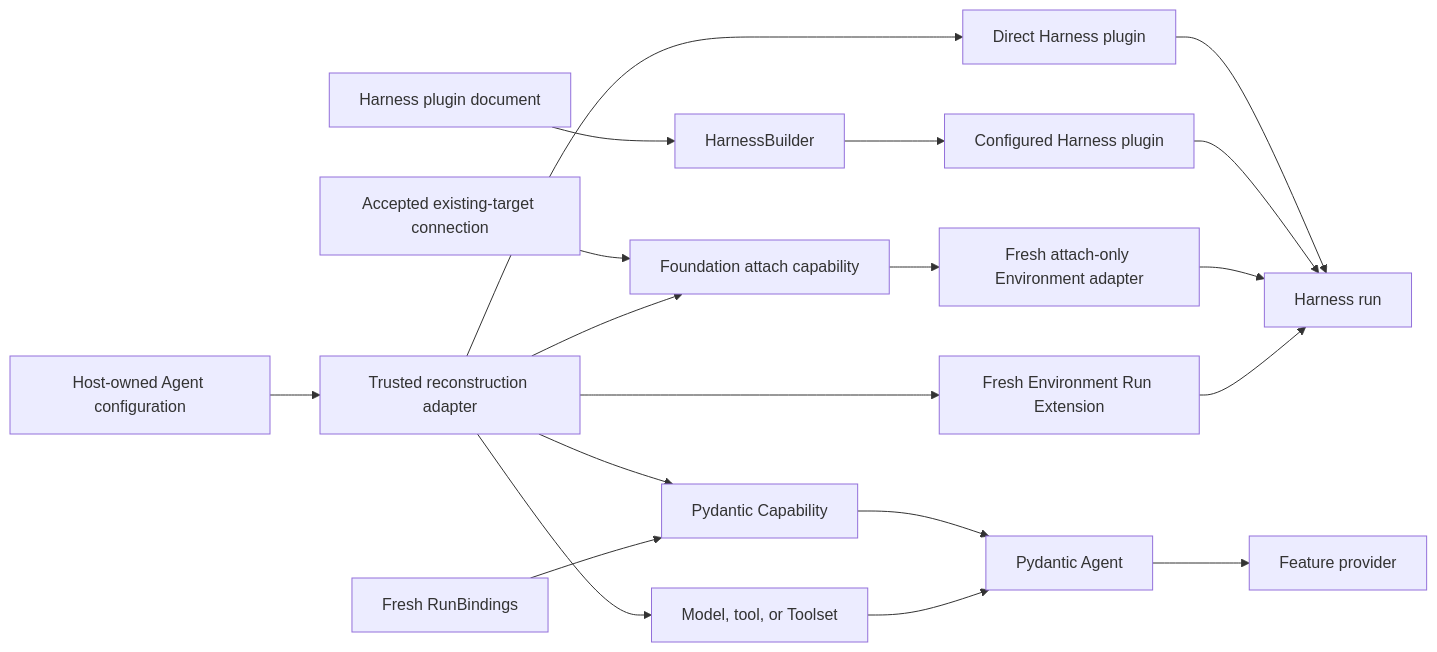
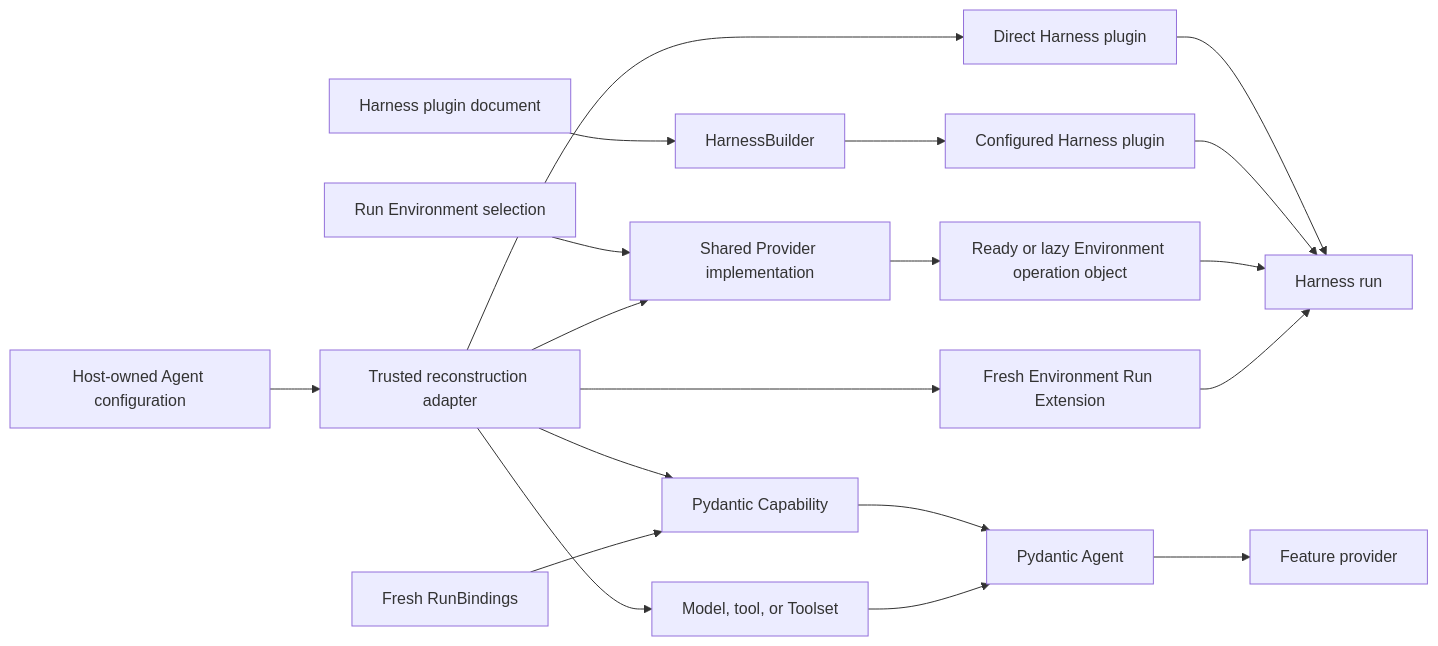
The third of 4 diagrams in spec/README.md (LTThreeComma/agent-foundation), drawn with Mermaid before and after one commit. The commit also changed other lines of this file and 33 other files, not shown here.

````diff
--- a/spec/README.md
+++ b/spec/README.md
@@ -267,18 +267,18 @@
 ```mermaid
 flowchart LR
     HostConfig[Host-owned Agent configuration] --> Adapter[Trusted reconstruction adapter]
     Adapter --> DirectPlugin[Direct Harness plugin]
     PluginConfig[Harness plugin document] --> Builder[HarnessBuilder]
     Builder --> ConfiguredPlugin[Configured Harness plugin]
     Adapter --> Capability[Pydantic Capability]
     Adapter --> Native[Model, tool, or Toolset]
     RunAuthority[Fresh RunBindings] --> Capability
-    Connection[Accepted existing-target connection] --> EnvAttach[Foundation attach capability]
-    Adapter --> EnvAttach
-    EnvAttach --> Environment[Fresh attach-only Environment adapter]
+    Selection[Run Environment selection] --> EnvProvider[Shared Provider implementation]
+    Adapter --> EnvProvider
+    EnvProvider --> Environment[Ready or lazy Environment operation object]
     Adapter --> RunExtension[Fresh Environment Run Extension]
     DirectPlugin & ConfiguredPlugin --> Harness[Harness run]
     Capability & Native --> Agent[Pydantic Agent]
     Environment & RunExtension --> Harness
     Agent --> Provider[Feature provider]
 ```
````
